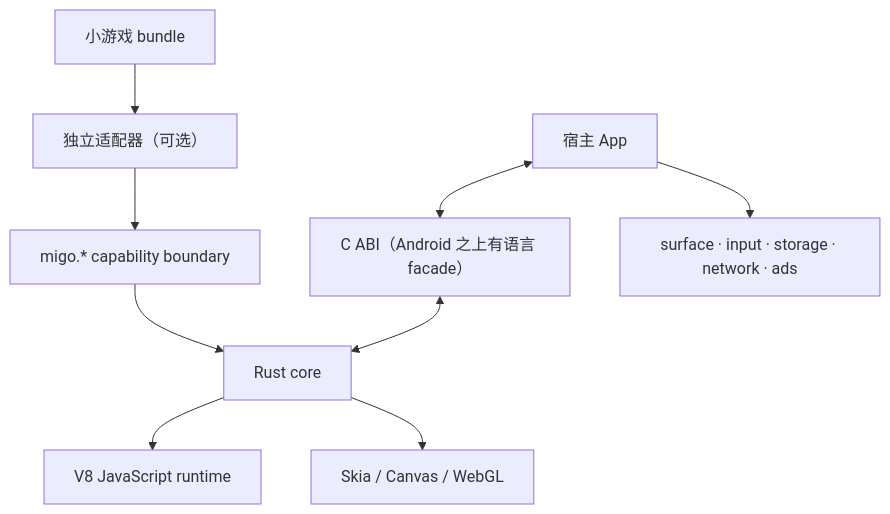
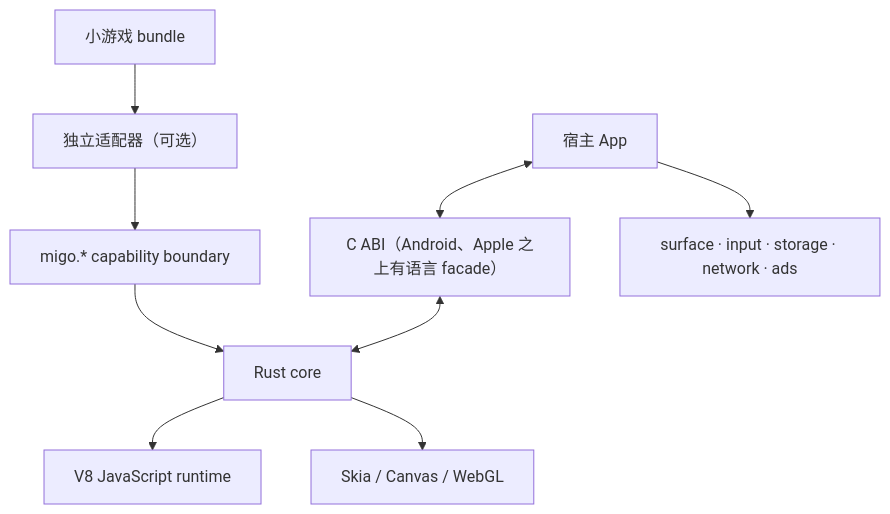
Before and after one commit to minigame-labs/migo-runtime: the first of 4 diagrams in developer-docs/src/content/docs/0.9/concepts/sdk-architecture.mdx, drawn with Mermaid. The commit also changed other lines of this file and 52 other files, not shown here.

Commit message:
Docs cover Apple as shipped: an Apple SDK reference for MigoGameView, six platforms on the home and architecture pages, Linux as a released SDK, and Mermaid labels that render

````diff
--- a/developer-docs/src/content/docs/0.9/concepts/sdk-architecture.mdx
+++ b/developer-docs/src/content/docs/0.9/concepts/sdk-architecture.mdx
@@ -25,11 +25,11 @@
 ```mermaid
 flowchart TB
   Bundle[小游戏 bundle] --> Adapter[独立适配器（可选）]
   Adapter --> Boundary[migo.* capability boundary]
   Boundary --> Core[Rust core]
   Core --> V8[V8 JavaScript runtime]
   Core --> Render[Skia / Canvas / WebGL]
-  Host[宿主 App] <--> SDK[C ABI（Android 之上有语言 facade）]
+  Host[宿主 App] <--> SDK[C ABI（Android、Apple 之上有语言 facade）]
   SDK <--> Core
   Host --> Services[surface · input · storage · network · ads]
 ```
````
